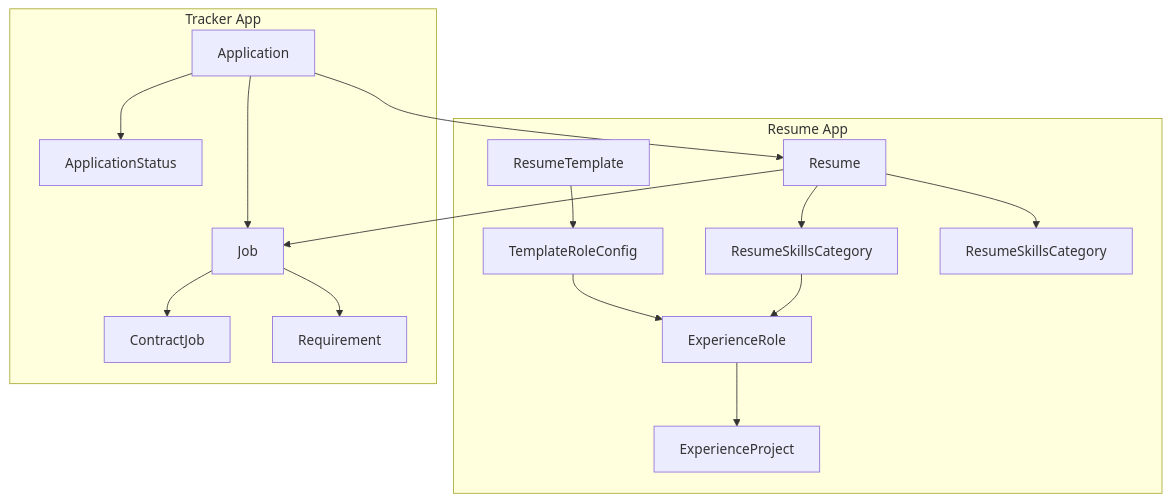
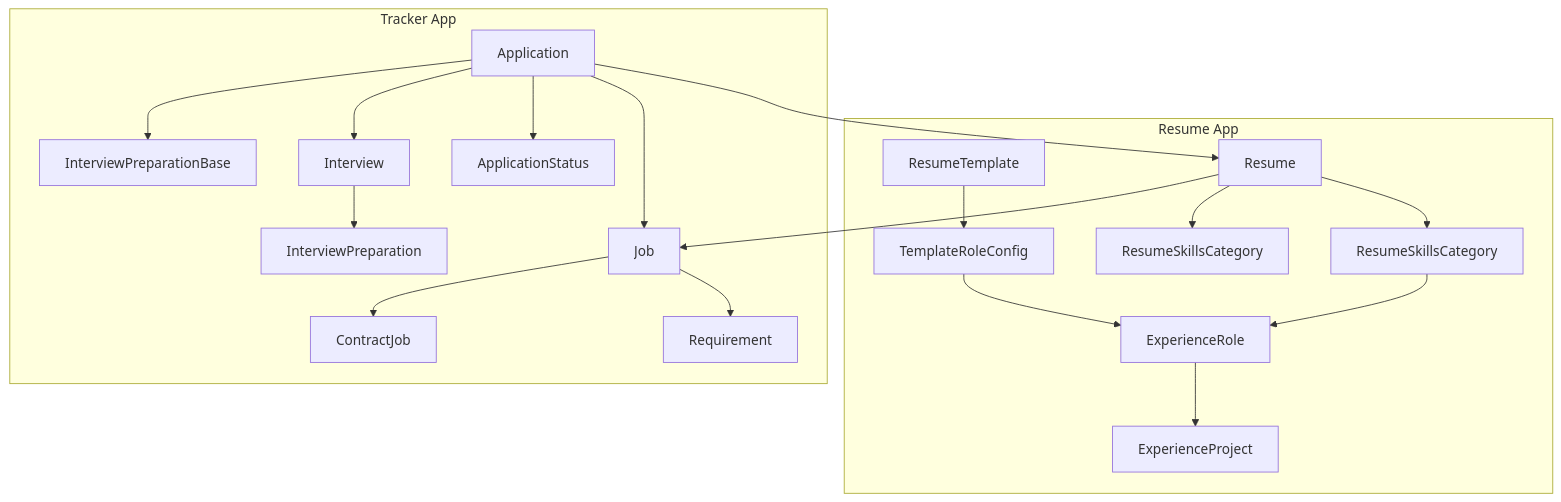
One commit to vhidrogo/job-search-automation changed the first of 2 diagrams in docs/system_design.md. Above: the diagram before and after it, drawn with Mermaid. The commit also changed other lines of this file, not shown here.

Commit message:
docs: add design for interview preparation system

````diff
--- a/docs/system_design.md
+++ b/docs/system_design.md
@@ -239,36 +275,42 @@
 ```mermaid
 flowchart TD
     subgraph Resume App
         RT[ResumeTemplate]
         TRC[TemplateRoleConfig]
         R[Resume]
         REB[ResumeSkillsCategory]
         RSB[ResumeSkillsCategory]
         ER[ExperienceRole]
         EP[ExperienceProject]
 
         RT --> TRC
         TRC --> ER
         R --> REB
         R --> RSB
         REB --> ER
         ER --> EP
     end
 
     subgraph Tracker App
         J[Job]
         C[ContractJob]
         Req[Requirement]
         A[Application]
         AS[ApplicationStatus]
+        I[Interview]
+        IPB[InterviewPreparationBase]
+        IP[InterviewPreparation]
 
         J --> Req
         J --> C
         A --> R
         A --> J
         A --> AS
+        A --> I
+        A --> IPB
+        I --> IP
     end
 
     %% Cross-app references
     R --> J
 ```
````
